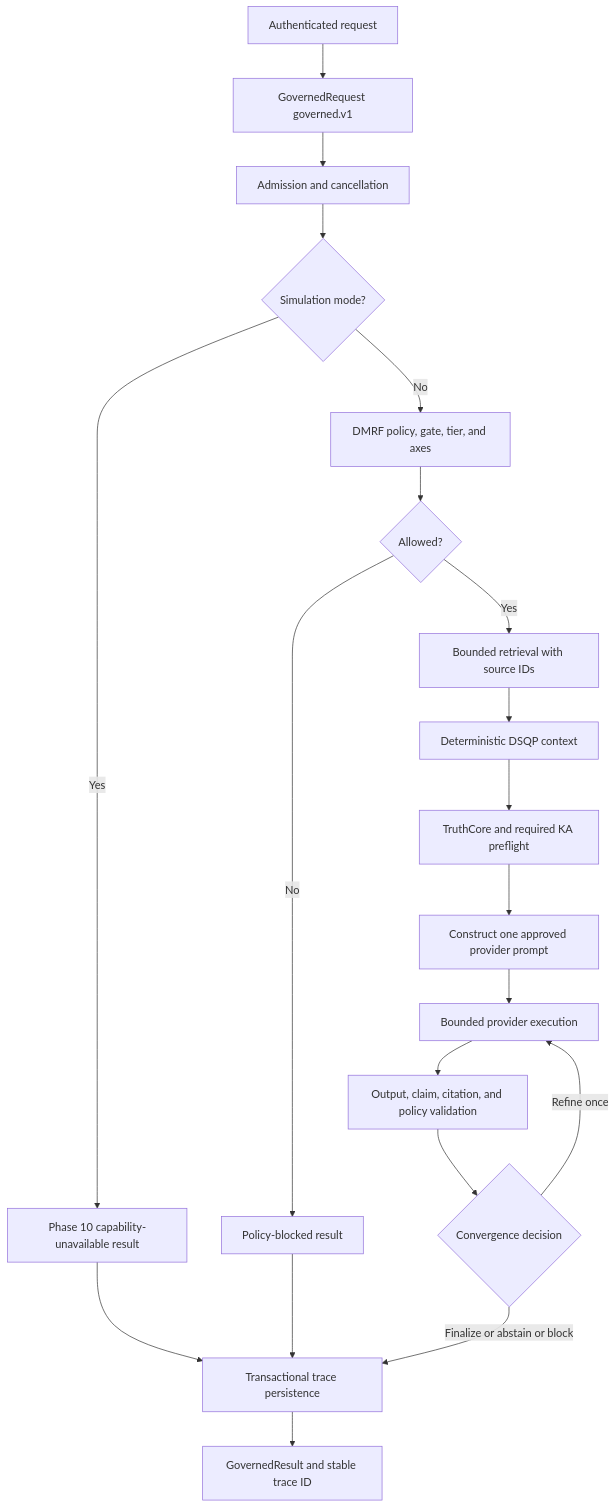
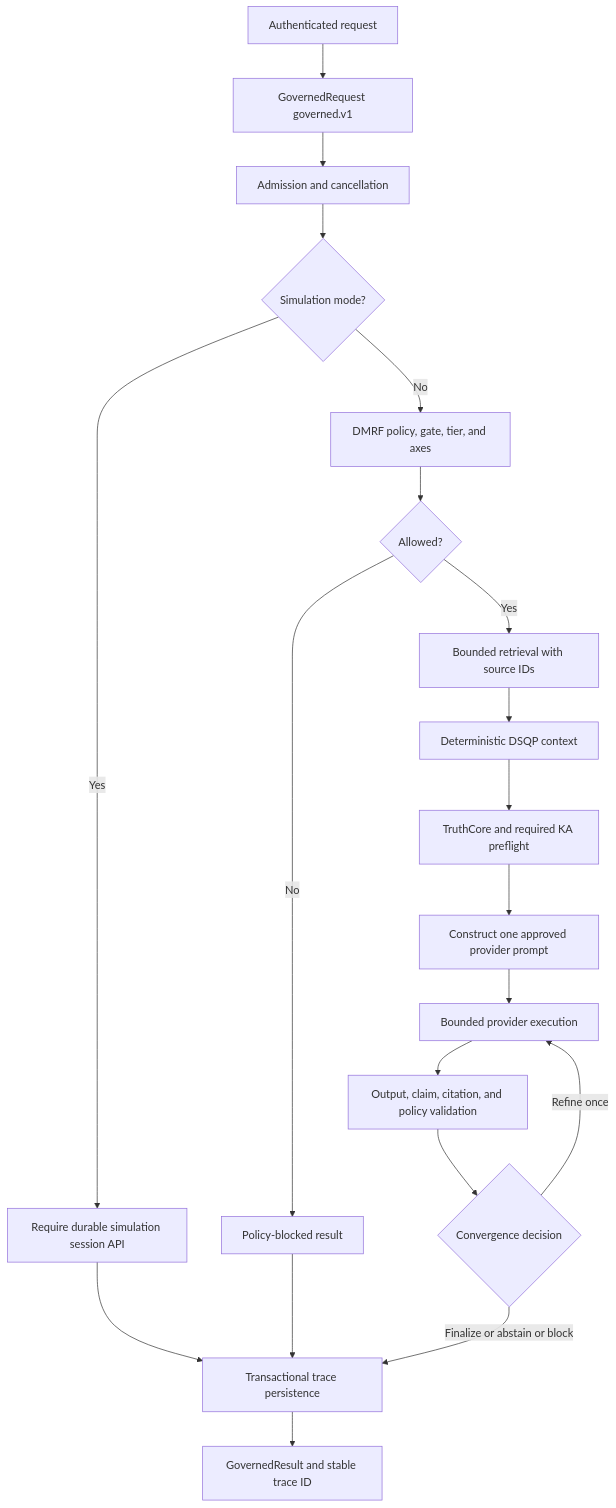
One commit to kherrera6219/DataLogicEngine changed the diagram in docs/WORKFLOW.md. Above: the diagram before and after it, drawn with Mermaid. The commit also changed other lines of this file and 66 other files, not shown here.

Commit message:
Complete Phase 10 durable simulation workflow

````diff
--- a/docs/WORKFLOW.md
+++ b/docs/WORKFLOW.md
@@ -73,22 +75,22 @@
 ```mermaid
 flowchart TD
     A[Authenticated request] --> B[GovernedRequest governed.v1]
     B --> C[Admission and cancellation]
     C --> D{Simulation mode?}
-    D -- Yes --> X[Phase 10 capability-unavailable result]
+    D -- Yes --> X[Require durable simulation session API]
     D -- No --> E[DMRF policy, gate, tier, and axes]
     E --> F{Allowed?}
     F -- No --> Y[Policy-blocked result]
     F -- Yes --> G[Bounded retrieval with source IDs]
     G --> H[Deterministic DSQP context]
     H --> I[TruthCore and required KA preflight]
     I --> J[Construct one approved provider prompt]
     J --> K[Bounded provider execution]
     K --> L[Output, claim, citation, and policy validation]
     L --> Q{Convergence decision}
     Q -- Refine once --> K
     Q -- Finalize or abstain or block --> M[Transactional trace persistence]
     M --> N[GovernedResult and stable trace ID]
     X --> M
     Y --> M
 ```
````
